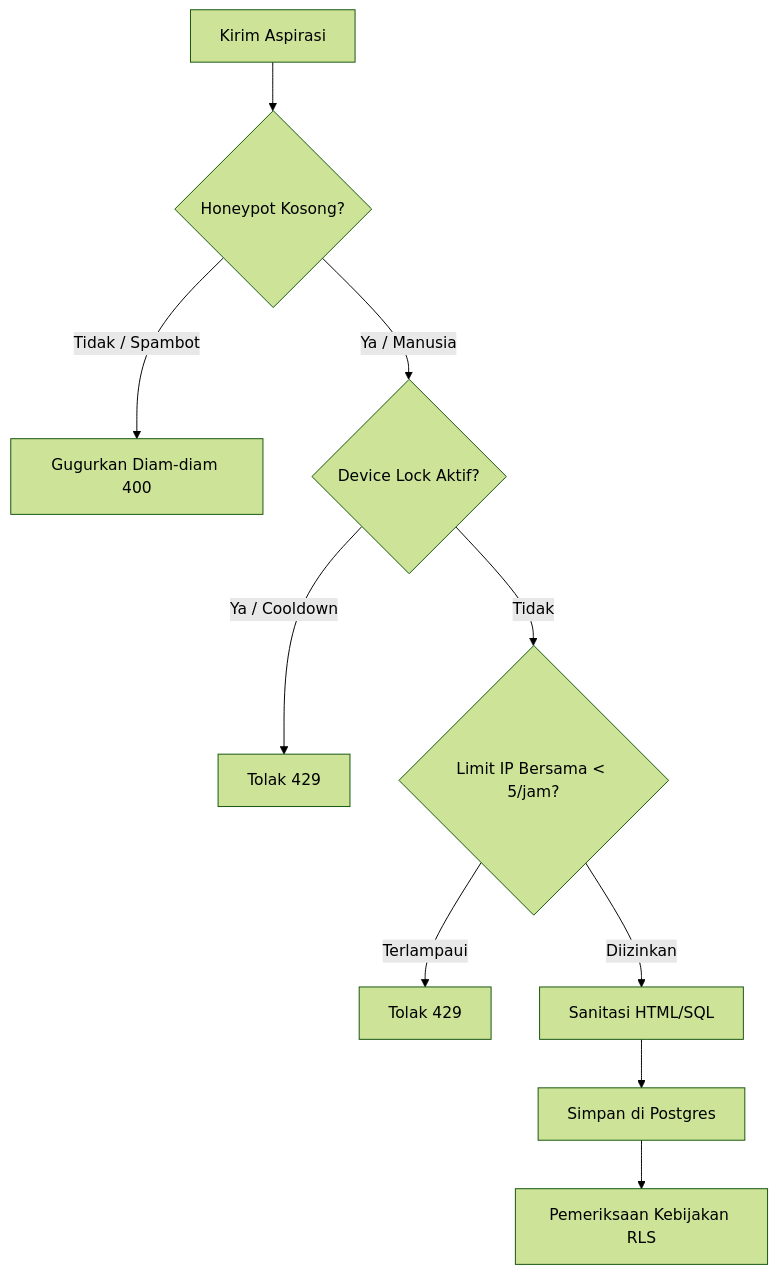
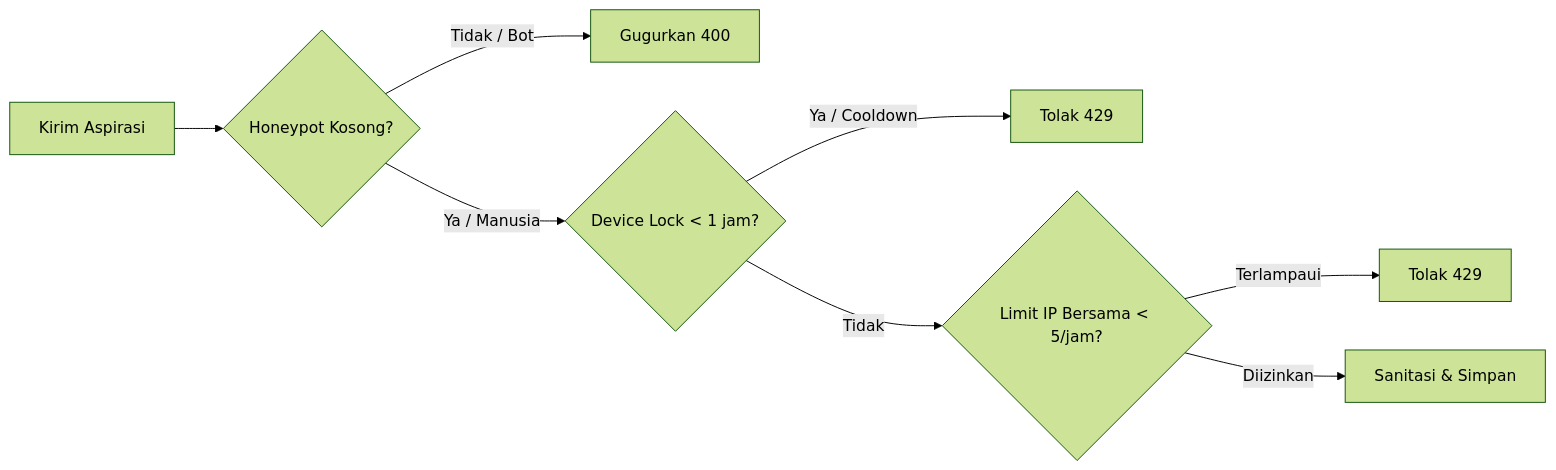
One commit to Riz6ix/MPK changed the second of 2 diagrams in README.id.md. Above: the diagram before and after it, drawn with Mermaid (forest theme). The commit also changed other lines of this file and 2 other files, not shown here.

````diff
--- a/README.id.md
+++ b/README.id.md
@@ -80,12 +66,10 @@
 ```mermaid
-flowchart TD
+flowchart LR
     A[Kirim Aspirasi] --> B{Honeypot Kosong?}
-    B -- Tidak / Spambot --> C[Gugurkan Diam-diam 400]
-    B -- Ya / Manusia --> D{Device Lock Aktif?}
+    B -- Tidak / Bot --> C[Gugurkan 400]
+    B -- Ya / Manusia --> D{Device Lock < 1 jam?}
     D -- Ya / Cooldown --> E[Tolak 429]
     D -- Tidak --> F{Limit IP Bersama < 5/jam?}
     F -- Terlampaui --> G[Tolak 429]
-    F -- Diizinkan --> H[Sanitasi HTML/SQL]
-    H --> I[Simpan di Postgres]
-    I --> J[Pemeriksaan Kebijakan RLS]
+    F -- Diizinkan --> H[Sanitasi & Simpan]
 ```
````
